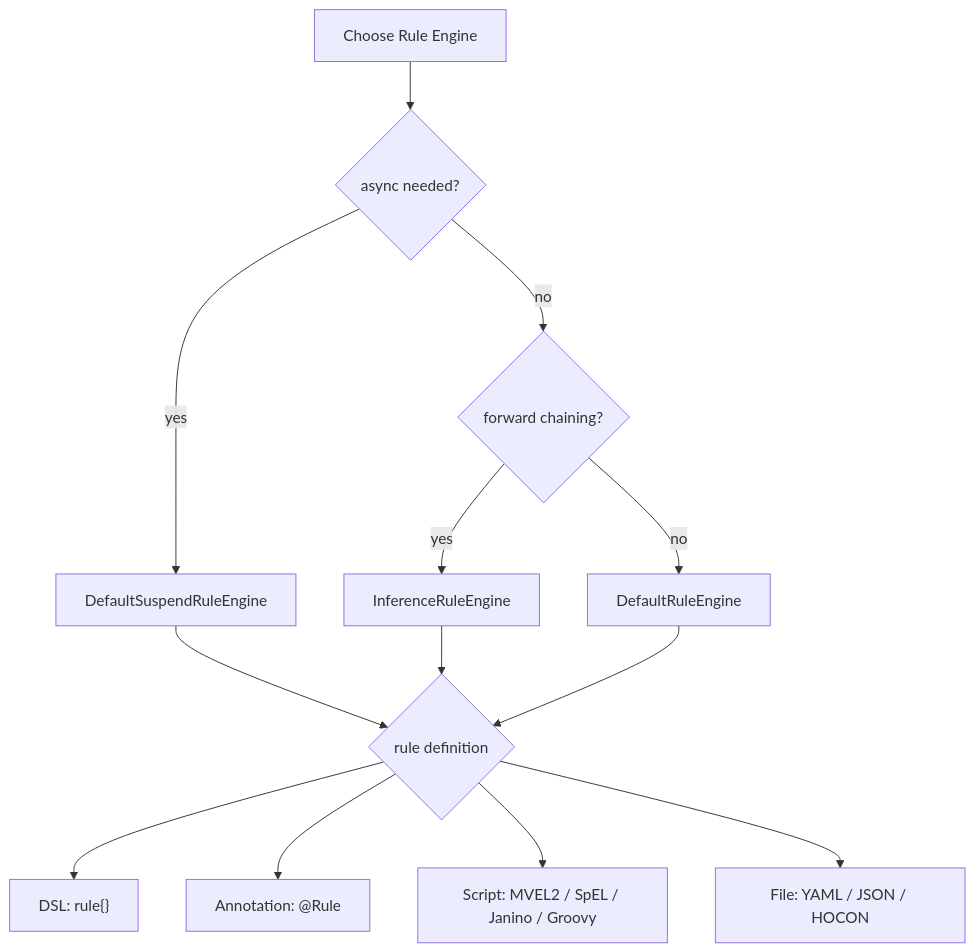
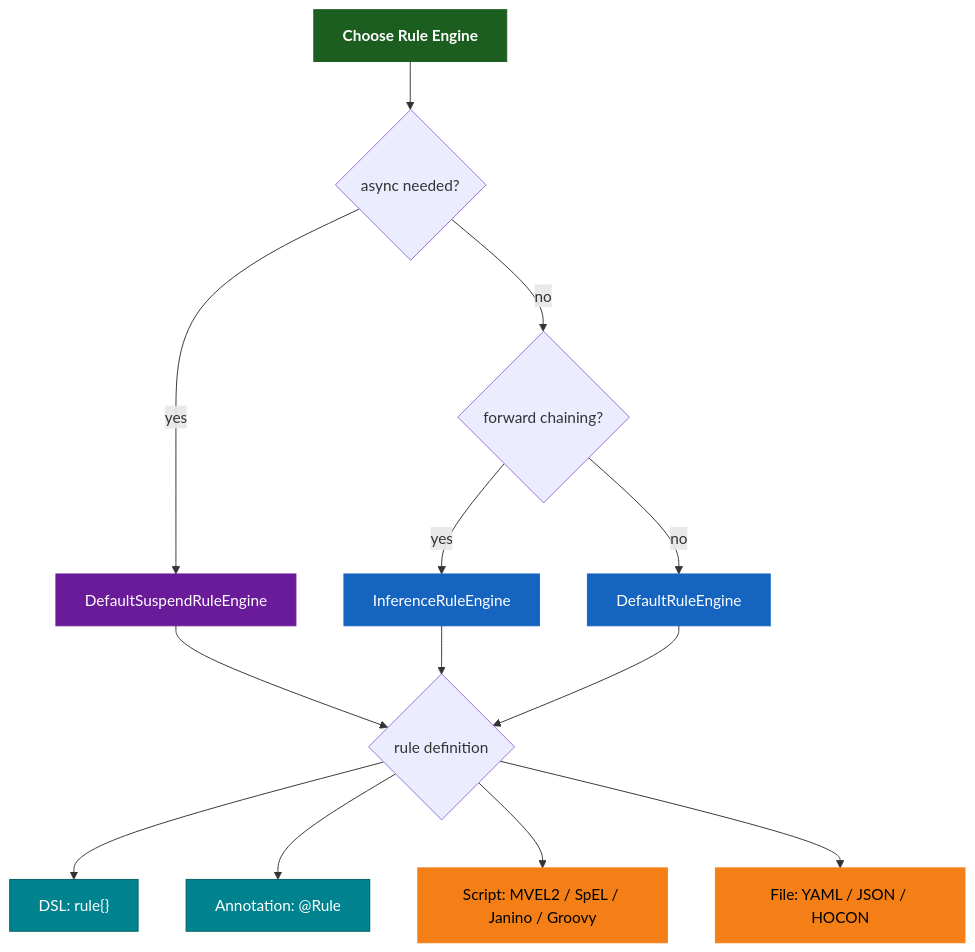
Before and after one commit to bluetape4k/bluetape4k-projects: the seventh of 8 diagrams in utils/rule-engine/README.md, drawn with Mermaid. The commit also changed other lines of this file and 221 other files, not shown here.

First line of the commit message:
docs: 전체 모듈 README UML 다이어그램 보강 및 색상 업그레이드

````diff
--- a/utils/rule-engine/README.md
+++ b/utils/rule-engine/README.md
@@ -213,13 +257,25 @@
 ```mermaid
 flowchart TD
     A[Choose Rule Engine] --> B{async needed?}
     B -->|yes| C[DefaultSuspendRuleEngine]
     B -->|no| D{forward chaining?}
     D -->|yes| E[InferenceRuleEngine]
     D -->|no| F[DefaultRuleEngine]
     C & E & F --> G{rule definition}
     G --> H["DSL: rule{}"]
     G --> I["Annotation: @Rule"]
     G --> J["Script: MVEL2 / SpEL / Janino / Groovy"]
     G --> K["File: YAML / JSON / HOCON"]
+
+    classDef coreStyle fill:#1B5E20,stroke:#1B5E20,color:#FFFFFF,font-weight:bold
+    classDef serviceStyle fill:#1565C0,stroke:#1565C0,color:#FFFFFF
+    classDef asyncStyle fill:#6A1B9A,stroke:#6A1B9A,color:#FFFFFF
+    classDef dslStyle fill:#00838F,stroke:#006064,color:#FFFFFF
+    classDef dataStyle fill:#F57F17,stroke:#F57F17,color:#000000
+
+    class A coreStyle
+    class E,F serviceStyle
+    class C asyncStyle
+    class H,I dslStyle
+    class J,K dataStyle
 ```
````
